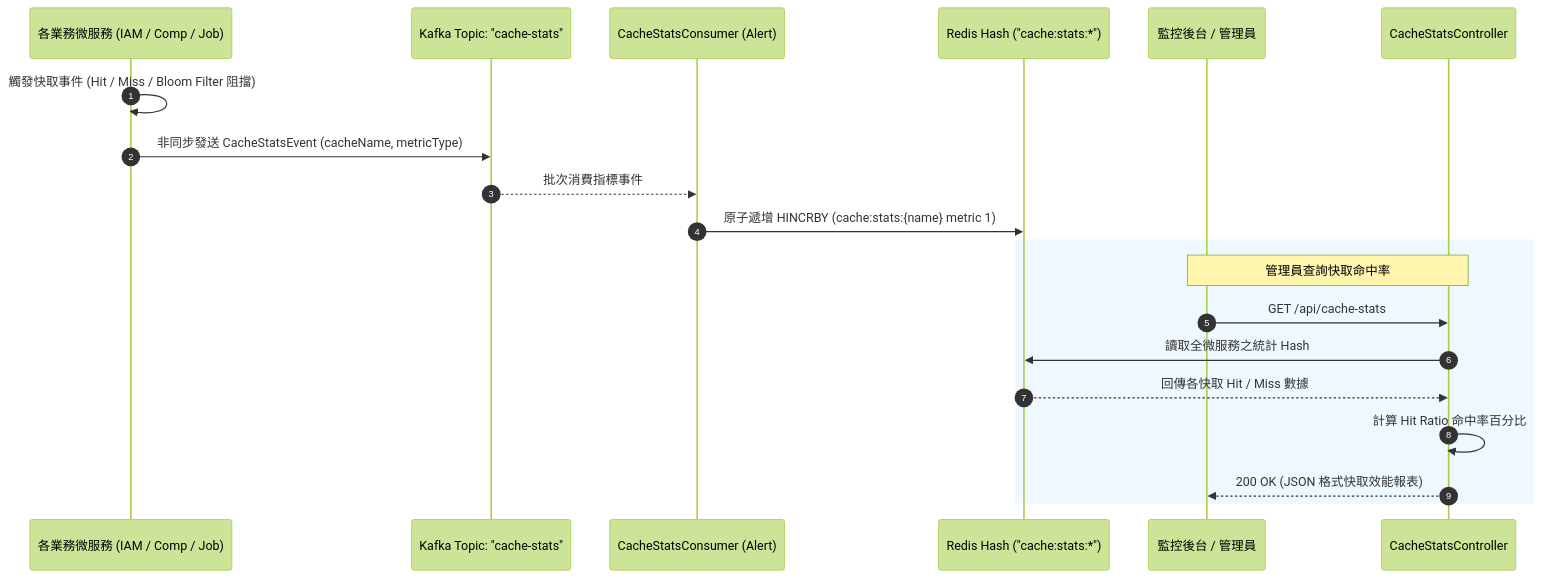
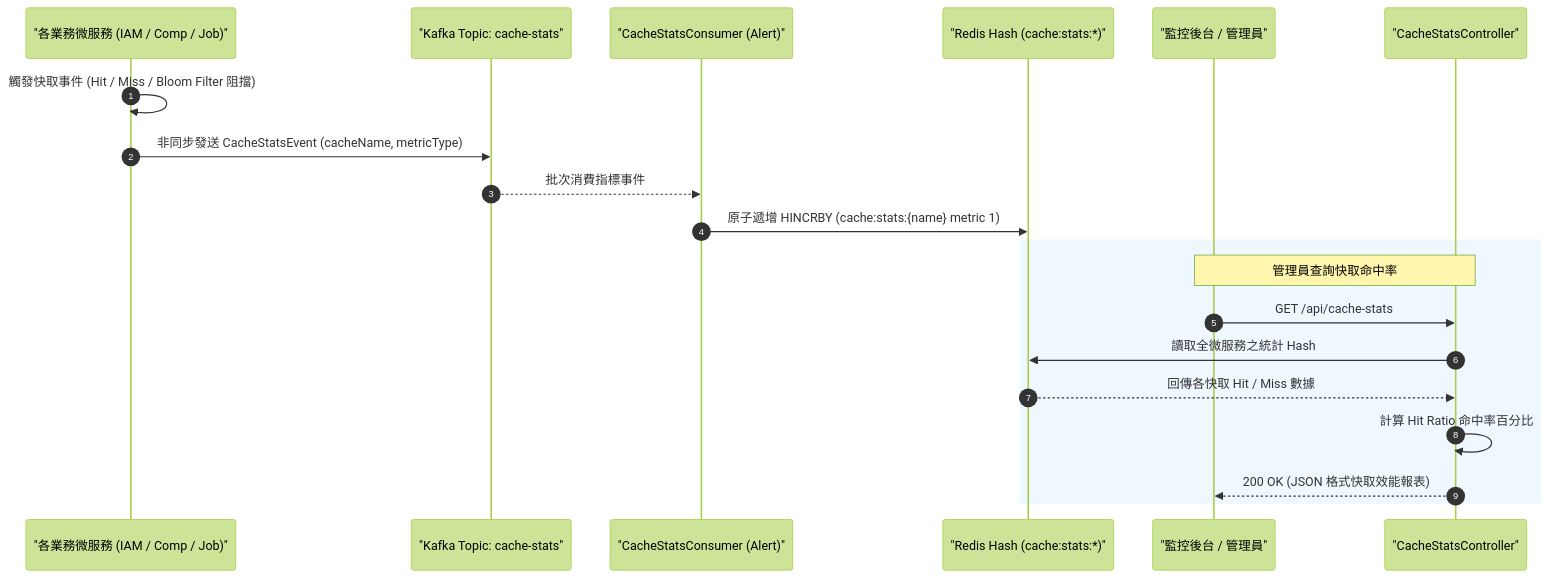
Before and after one commit to twinatrick/Backend-Architecture-Lab: diagram 11 of 14 in README.md, drawn with Mermaid (forest theme). The commit also changed other lines of this file, not shown here.

Commit message:
docs: fix mermaid syntax errors in README.md

````diff
--- a/README.md
+++ b/README.md
@@ -777,24 +777,24 @@
 ```mermaid
 sequenceDiagram
     autonumber
-    participant App as 各業務微服務 (IAM / Comp / Job)
-    participant Kafka as Kafka Topic: "cache-stats"
-    participant Consumer as CacheStatsConsumer (Alert)
-    participant Redis as Redis Hash ("cache:stats:*")
-    participant Admin as 監控後台 / 管理員
-    participant Ctrl as CacheStatsController
+    participant App as "各業務微服務 (IAM / Comp / Job)"
+    participant Kafka as "Kafka Topic: cache-stats"
+    participant Consumer as "CacheStatsConsumer (Alert)"
+    participant Redis as "Redis Hash (cache:stats:*)"
+    participant Admin as "監控後台 / 管理員"
+    participant Ctrl as "CacheStatsController"
 
     App ->> App: 觸發快取事件 (Hit / Miss / Bloom Filter 阻擋)
     App ->> Kafka: 非同步發送 CacheStatsEvent (cacheName, metricType)
     Kafka -->> Consumer: 批次消費指標事件
     Consumer ->> Redis: 原子遞增 HINCRBY (cache:stats:{name} metric 1)
     
     rect rgb(240, 248, 255)
         Note over Admin, Ctrl: 管理員查詢快取命中率
         Admin ->> Ctrl: GET /api/cache-stats
         Ctrl ->> Redis: 讀取全微服務之統計 Hash
         Redis -->> Ctrl: 回傳各快取 Hit / Miss 數據
         Ctrl ->> Ctrl: 計算 Hit Ratio 命中率百分比
         Ctrl -->> Admin: 200 OK (JSON 格式快取效能報表)
     end
 ```
````
